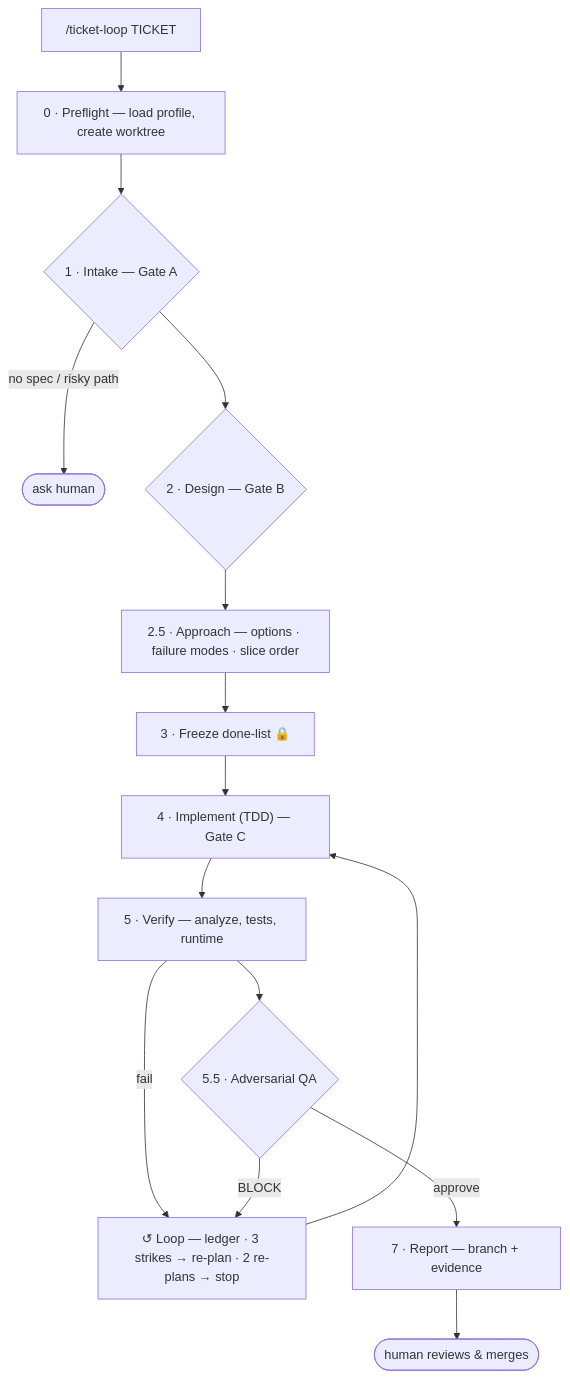
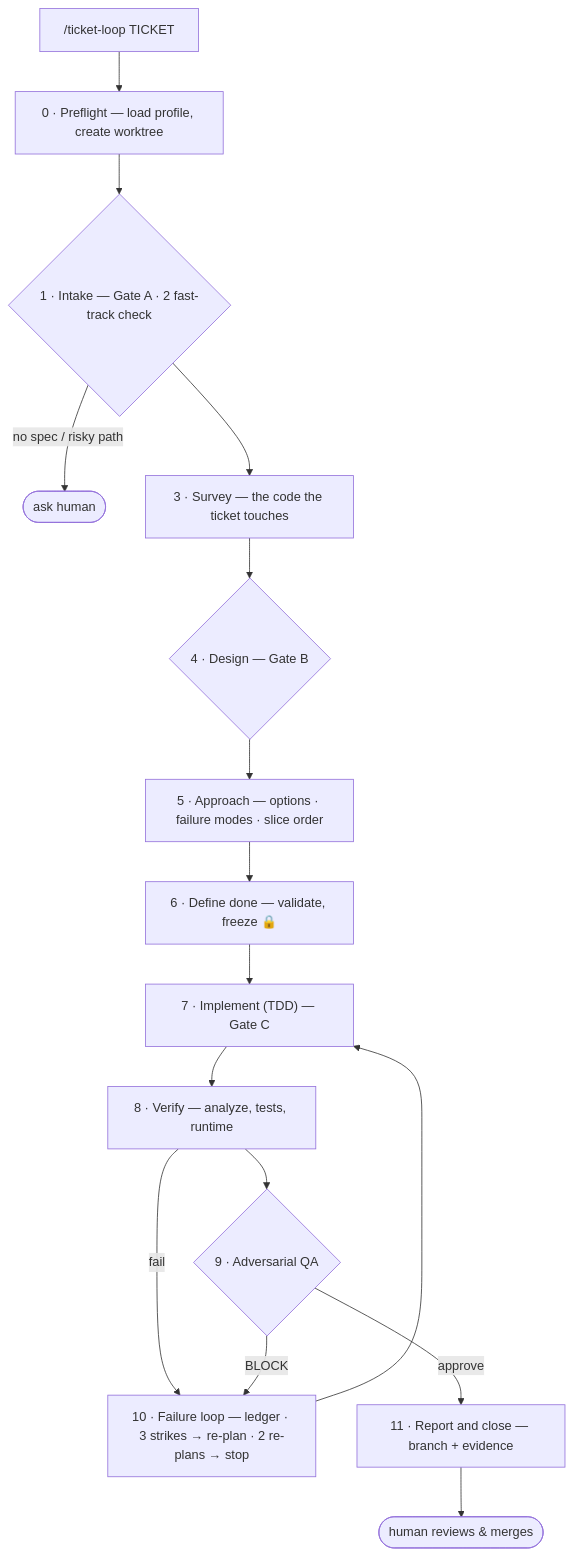
Before and after one commit to SyedMuhammadRehan/ticket-loop-harness: the diagram in README.md, drawn with Mermaid. The commit also changed other lines of this file and 7 other files, not shown here.

````diff
--- a/README.md
+++ b/README.md
@@ -18,17 +51,18 @@
 ```mermaid
 flowchart TD
     A["/ticket-loop TICKET"] --> S0["0 · Preflight — load profile, create worktree"]
-    S0 --> S1{"1 · Intake — Gate A"}
+    S0 --> S1{"1 · Intake — Gate A · 2 fast-track check"}
     S1 -->|no spec / risky path| H(["ask human"])
-    S1 --> S2{"2 · Design — Gate B"}
-    S2 --> S25["2.5 · Approach — options · failure modes · slice order"]
-    S25 --> S3["3 · Freeze done-list 🔒"]
-    S3 --> S4["4 · Implement (TDD) — Gate C"]
-    S4 --> S5["5 · Verify — analyze, tests, runtime"]
-    S5 -->|fail| LOOP["↺ Loop — ledger · 3 strikes → re-plan · 2 re-plans → stop"]
-    S5 --> QA{"5.5 · Adversarial QA"}
+    S1 --> S3["3 · Survey — the code the ticket touches"]
+    S3 --> S4{"4 · Design — Gate B"}
+    S4 --> S5["5 · Approach — options · failure modes · slice order"]
+    S5 --> S6["6 · Define done — validate, freeze 🔒"]
+    S6 --> S7["7 · Implement (TDD) — Gate C"]
+    S7 --> S8["8 · Verify — analyze, tests, runtime"]
+    S8 -->|fail| LOOP["10 · Failure loop — ledger · 3 strikes → re-plan · 2 re-plans → stop"]
+    S8 --> QA{"9 · Adversarial QA"}
     QA -->|BLOCK| LOOP
-    QA -->|approve| R["7 · Report — branch + evidence"]
-    LOOP --> S4
+    QA -->|approve| R["11 · Report and close — branch + evidence"]
+    LOOP --> S7
     R --> M(["human reviews & merges"])
 ```
````
